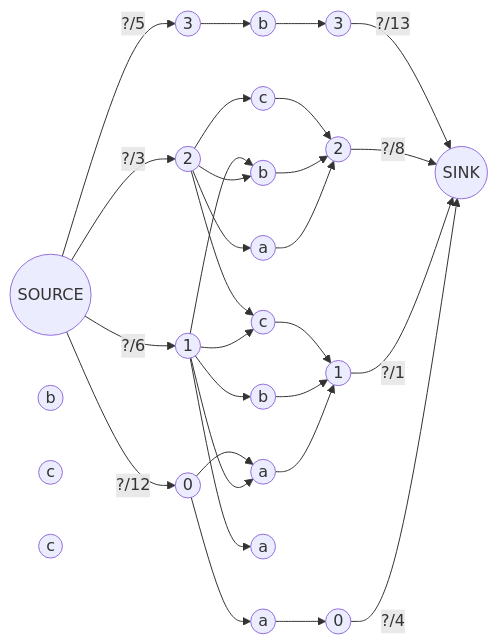
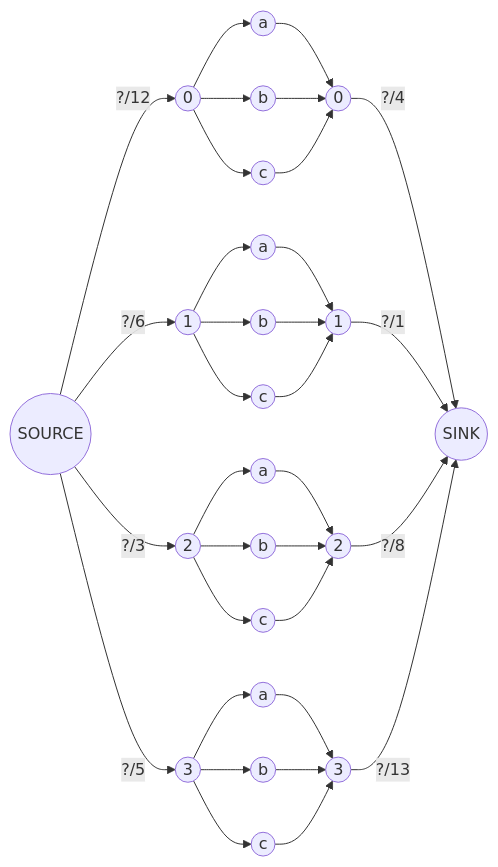
One commit to bfeitknecht/vault changed the second of 2 diagrams in vault/sem2/AuW/UE/cx/bf/cx09-bf.md. Above: the diagram before and after it, drawn with Mermaid.

Commit message:
vault backup: 2024-05-18 20:57:51 from MacBook Pro (echo)
Affected files:
vault/sem2/AuW/UE/cx/bf/cx09-bf.md

````diff
--- a/vault/sem2/AuW/UE/cx/bf/cx09-bf.md
+++ b/vault/sem2/AuW/UE/cx/bf/cx09-bf.md
@@ -22,55 +22,55 @@
 ```mermaid
 flowchart LR
 
 idF(("SOURCE"))
 idT(("SINK"))
 
 idf0((0))
 idf1((1))
 idf2((2))
 idf3((3))
 
 id0a((a))
 id0b((b))
 id0c((c))
 
 id1a((a))
 id1b((b))
 id1c((c))
 
 id2a((a))
 id2b((b))
 id2c((c))
 
 id3a((a))
 id3b((b))
 id3c((c))
 
 idt0((0))
 idt1((1))
 idt2((2))
 idt3((3))
 
 %%%%%%%%%%%%%%%%%%%%%%%%%%%%%%%%%%%%%%%%%%%%
 
 idF -->|"?/12"| idf0 
 idF -->|"?/6"| idf1
 idF -->|"?/3"| idf2
 idF -->|"?/5"| idf3
 
 idt0 -->|"?/4"| idT 
 idt1 -->|"?/1"| idT
 idt2 -->|"?/8"| idT
 idt3 -->|"?/13"| idT
 
-idf0 --> id0a --> idt0
+idf0 --> id0a & id0b & id0c --> idt0
 idf1 --> id1a & id1b & id1c --> idt1
 idf2 --> id2a & id2b & id2c --> idt2
-idf3 --> id3b --> idt3
+idf3 --> id3a & id3b & id3c --> idt3
 
 
-idf0 --> id1a
-idf1 --> id2b
-idf2 --> id1c
-idf1 --> id3a
+%%idf0 --> id1a
+%%idf1 --> id2b
+%%idf2 --> id1c
+%%idf1 --> id3a
 ```
````
